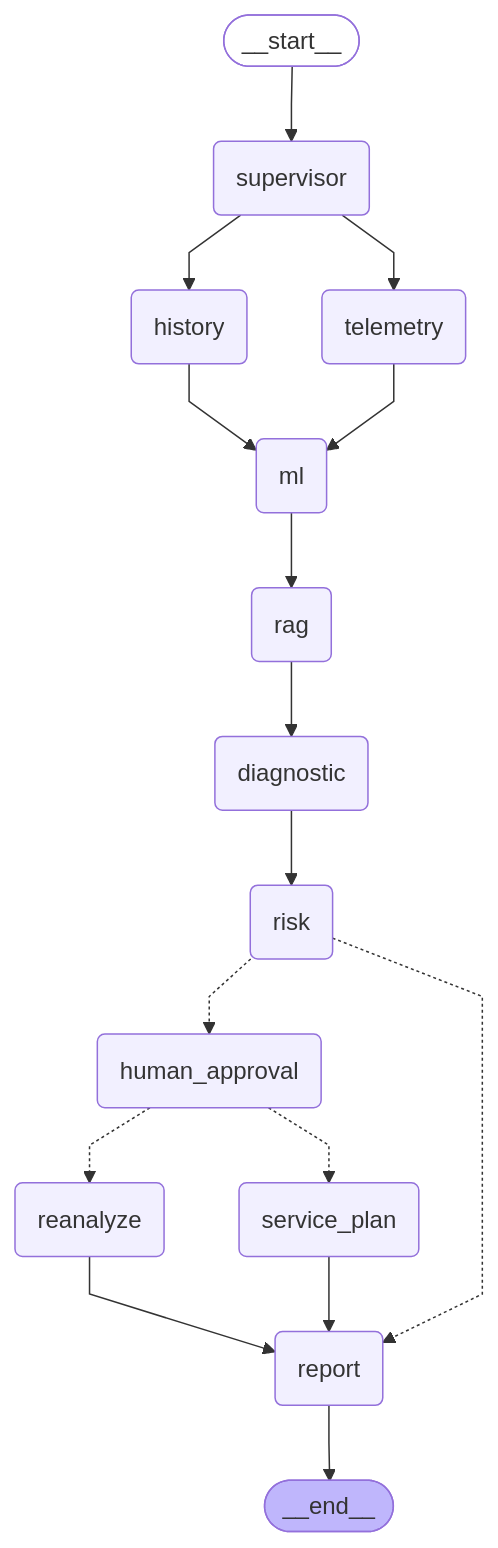
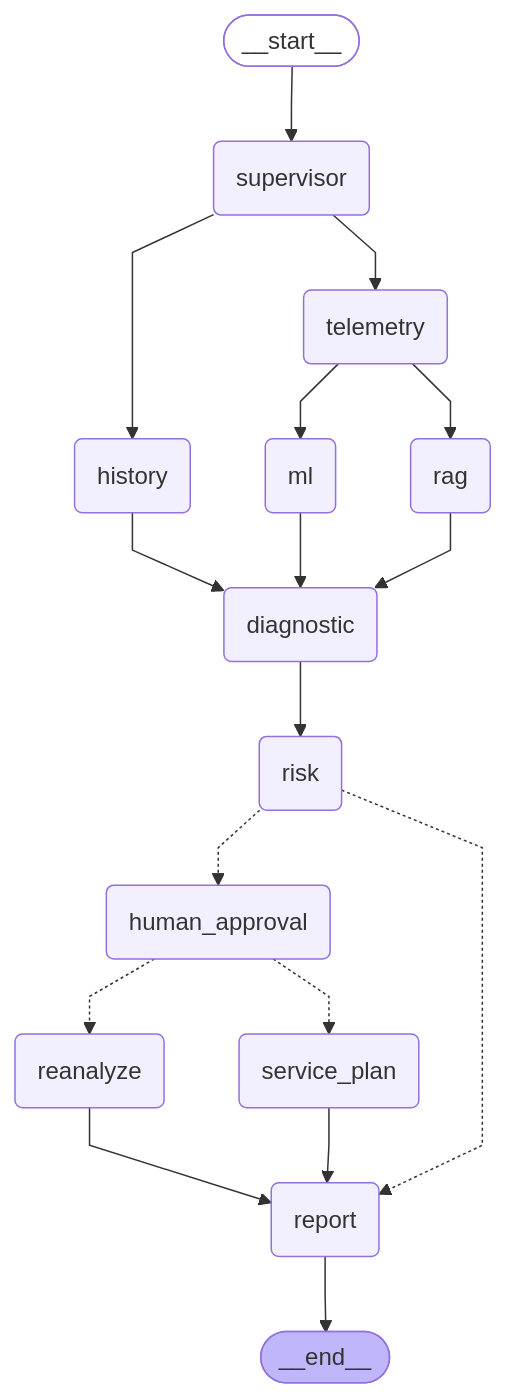
The diagram in src/langgraph_workflow.mmd (satrishabh/capstone), drawn with Mermaid before and after one commit. The commit also changed 5 other files, not shown here.

```diff
--- a/src/langgraph_workflow.mmd
+++ b/src/langgraph_workflow.mmd
@@ -1,37 +1,38 @@
 ---
 config:
   flowchart:
     curve: linear
 ---
 graph TD;
 	__start__([<p>__start__</p>]):::first
 	supervisor(supervisor)
 	telemetry(telemetry)
 	history(history)
 	rag(rag)
 	ml(ml)
 	diagnostic(diagnostic)
 	risk(risk)
 	human_approval(human_approval)
 	reanalyze(reanalyze)
 	service_plan(service_plan)
 	report(report)
 	__end__([<p>__end__</p>]):::last
 	__start__ --> supervisor;
 	diagnostic --> risk;
-	history --> ml;
+	history --> diagnostic;
 	human_approval -.-> reanalyze;
 	human_approval -.-> service_plan;
-	ml --> rag;
+	ml --> diagnostic;
 	rag --> diagnostic;
 	reanalyze --> report;
 	risk -.-> human_approval;
 	risk -.-> report;
 	service_plan --> report;
 	supervisor --> history;
 	supervisor --> telemetry;
 	telemetry --> ml;
+	telemetry --> rag;
 	report --> __end__;
 	classDef default fill:#f2f0ff,line-height:1.2
 	classDef first fill-opacity:0
 	classDef last fill:#bfb6fc
```
